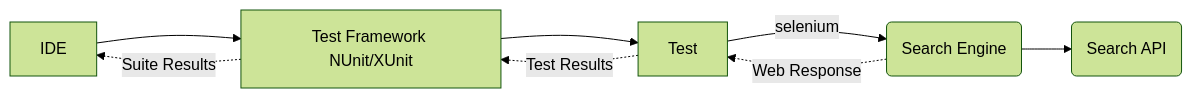
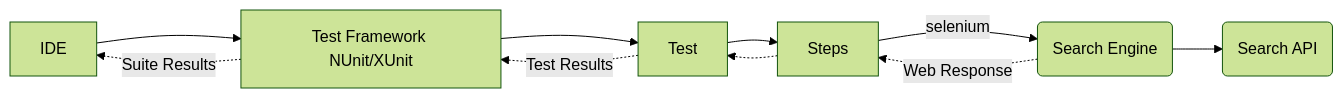
Before and after one commit to freemansoft/SimpleWebUITestEnvironment: the second of 5 diagrams in README.md, drawn with Mermaid (forest theme). The commit also changed other lines of this file, not shown here.

Commit message:
added steps to test flow

````diff
--- a/README.md
+++ b/README.md
@@ -78,8 +78,9 @@
 ```mermaid
 graph LR
-    IDE --> TestFramework[Test Framework NUnit/XUnit] --> Test -->|selenium| SearchWeb(Search Engine) --> SearchApi(Search API);
-    SearchWeb -.->|Web Response| Test ;
+    IDE --> TestFramework[Test Framework NUnit/XUnit] --> Test --> Steps -->|selenium| SearchWeb(Search Engine) --> SearchApi(Search API);
+    SearchWeb -.->|Web Response| Steps ;
+    Steps -.-> Test;
     Test -.->|Test Results| TestFramework;
     TestFramework -.->|Suite Results| IDE;
 
 ```
````
